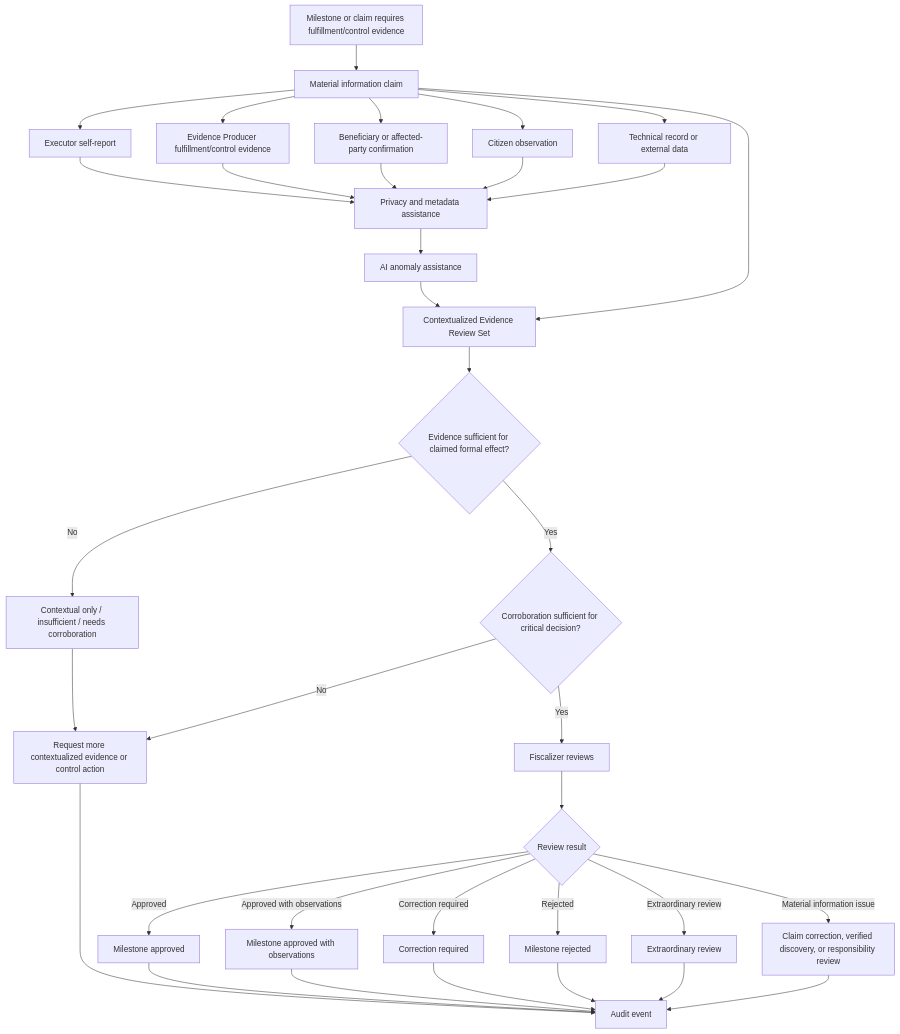
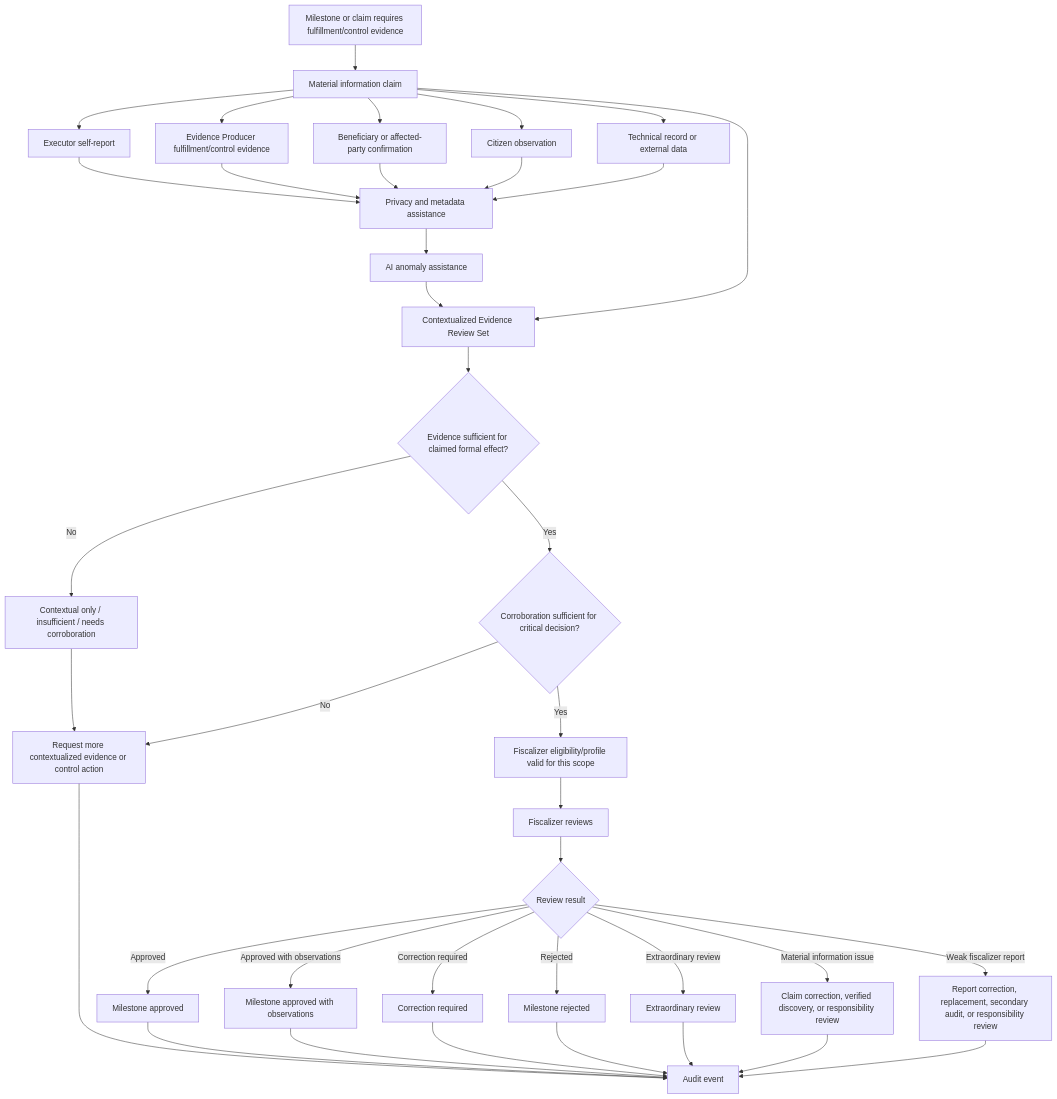
Before and after one commit to moffermann/distributed-governance-research: the diagram in docs/diagrams/v0-evidence-fiscalization.md, drawn with Mermaid. The commit also changed other lines of this file and 36 other files, not shown here.

````diff
--- a/docs/diagrams/v0-evidence-fiscalization.md
+++ b/docs/diagrams/v0-evidence-fiscalization.md
@@ -9,42 +9,45 @@
 ```mermaid
 flowchart TD
     M[Milestone or claim requires fulfillment/control evidence]
     M --> MC[Material information claim]
     MC --> E1[Executor self-report]
     MC --> E2[Evidence Producer fulfillment/control evidence]
     MC --> E3[Beneficiary or affected-party confirmation]
     MC --> E4[Citizen observation]
     MC --> E5[Technical record or external data]
 
     E1 --> PR[Privacy and metadata assistance]
     E2 --> PR
     E3 --> PR
     E4 --> PR
     E5 --> PR
 
     PR --> AI[AI anomaly assistance]
     AI --> ER[Contextualized Evidence Review Set]
     MC --> ER
     ER --> ES{Evidence sufficient for claimed formal effect?}
     ES -->|No| IC[Contextual only / insufficient / needs corroboration]
     IC --> RQ[Request more contextualized evidence or control action]
     ES -->|Yes| CV{Corroboration sufficient for critical decision?}
     CV -->|No| RQ[Request more contextualized evidence or control action]
-    CV -->|Yes| F[Fiscalizer reviews]
+    CV -->|Yes| FP[Fiscalizer eligibility/profile valid for this scope]
+    FP --> F[Fiscalizer reviews]
 
     F --> R{Review result}
     R -->|Approved| A[Milestone approved]
     R -->|Approved with observations| AO[Milestone approved with observations]
     R -->|Correction required| C[Correction required]
     R -->|Rejected| RJ[Milestone rejected]
     R -->|Extraordinary review| X[Extraordinary review]
     R -->|Material information issue| IR[Claim correction, verified discovery, or responsibility review]
+    R -->|Weak fiscalizer report| FQ[Report correction, replacement, secondary audit, or responsibility review]
 
     A --> AE[Audit event]
     AO --> AE
     C --> AE
     RJ --> AE
     X --> AE
     IR --> AE
+    FQ --> AE
     RQ --> AE
 ```
````
